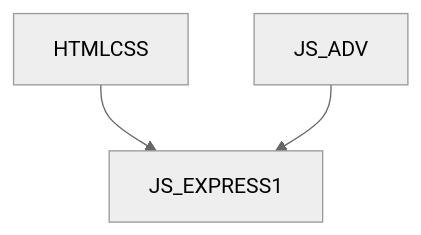
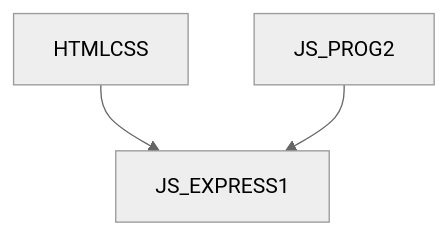
Before and after one commit to mbradic/gopas-osnovy: the diagram in JS_EXPRESS1 CZ.md, drawn with Mermaid (neutral theme). The commit also changed other lines of this file and 31 other files, not shown here.

Commit message:
Update: JS_INTRO a JS_ADV -> JS_PROG1 a JS_PROG2

````diff
--- a/JS_EXPRESS1 CZ.md
+++ b/JS_EXPRESS1 CZ.md
@@ -11,5 +11,5 @@
 ```mermaid
 graph TD
   HTMLCSS --> JS_EXPRESS1
-  JS_ADV --> JS_EXPRESS1
+  JS_PROG2 --> JS_EXPRESS1
 ```
````
